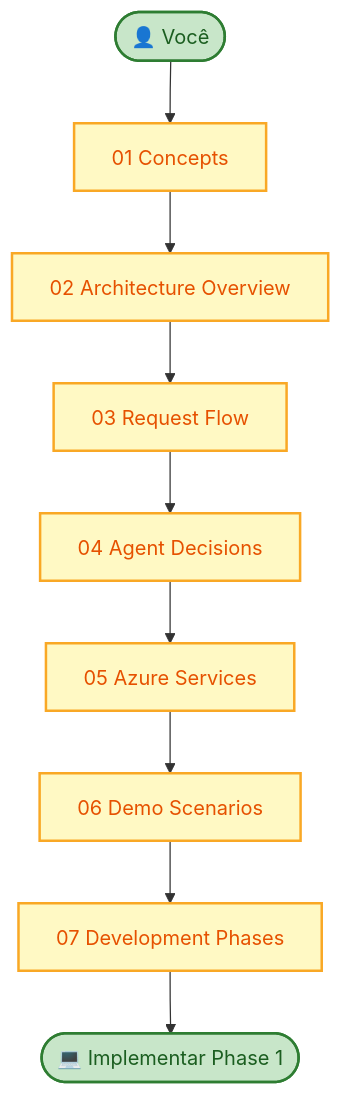
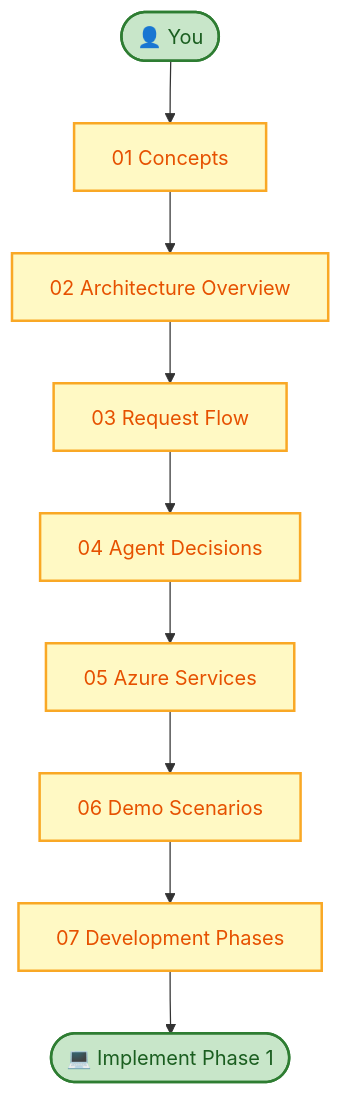
The diagram in docs/learn/README.md (farukzahra/ms-poc), drawn with Mermaid before and after one commit. The commit also changed other lines of this file and 16 other files, not shown here.

````diff
--- a/docs/learn/README.md
+++ b/docs/learn/README.md
@@ -7,16 +7,16 @@
 ```mermaid
 flowchart TD
-    Start([👤 Você]) --> L1[01 Concepts]
+    Start([👤 You]) --> L1[01 Concepts]
     L1 --> L2[02 Architecture Overview]
     L2 --> L3[03 Request Flow]
     L3 --> L4[04 Agent Decisions]
     L4 --> L5[05 Azure Services]
     L5 --> L6[06 Demo Scenarios]
     L6 --> L7[07 Development Phases]
-    L7 --> Code([💻 Implementar Phase 1])
+    L7 --> Code([💻 Implement Phase 1])
 
     classDef learn fill:#FFF9C4,stroke:#F9A825,stroke-width:2px,color:#E65100
     classDef action fill:#C8E6C9,stroke:#2E7D32,stroke-width:2px,color:#1B5E20
     class L1,L2,L3,L4,L5,L6,L7 learn
     class Start,Code action
 ```
````
